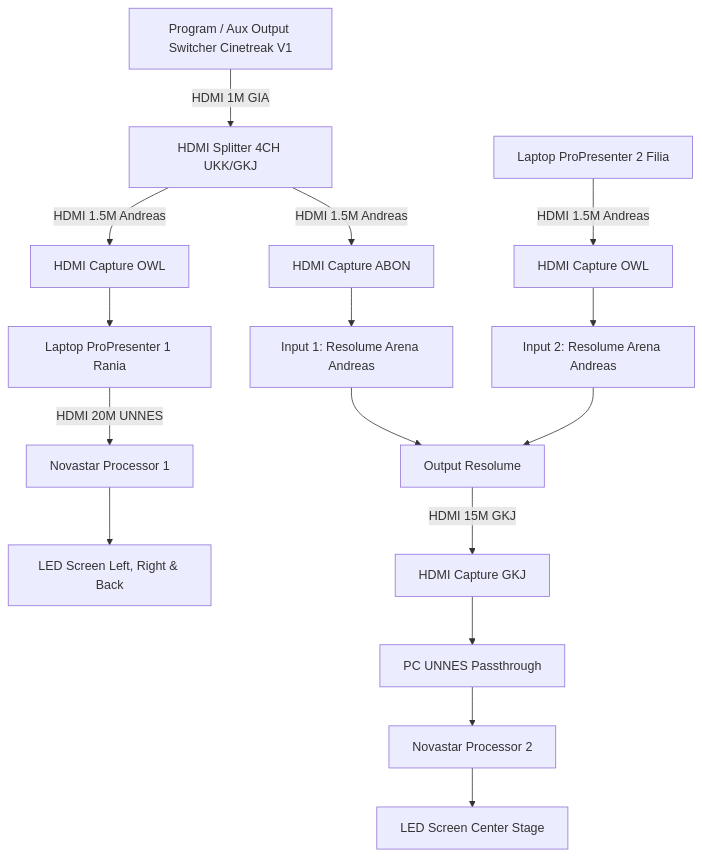
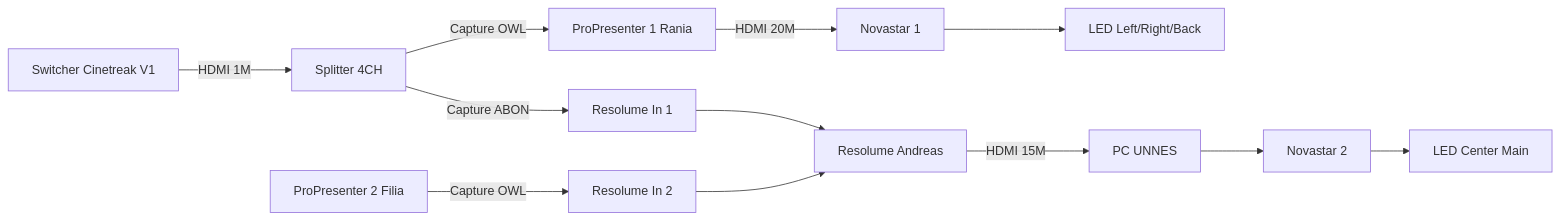
The fifth of 8 diagrams in README.md (zzdree/ip26-production), drawn with Mermaid before and after one commit. The commit also changed other lines of this file, not shown here.

Commit message:
docs: update README.md with Web Command Portal architecture and 6 structured sub-systems

````diff
--- a/README.md
+++ b/README.md
@@ -207,12 +230,13 @@
 ```mermaid
-flowchart TD
-    SW_OUT[Program / Aux Output Switcher Cinetreak V1] -->|HDMI 1M GIA| SPL4[HDMI Splitter 4CH UKK/GKJ]
+flowchart LR
+    SW_OUT["Switcher Cinetreak V1"] -->|HDMI 1M| SPL4["Splitter 4CH"]
     
-    SPL4 -->|HDMI 1.5M Andreas| CAP_OWL1[HDMI Capture OWL] --> P1_IN[Laptop ProPresenter 1 Rania]
-    SPL4 -->|HDMI 1.5M Andreas| CAP_ABON[HDMI Capture ABON] --> RES_IN1[Input 1: Resolume Arena Andreas]
-    
-    P2_OUT[Laptop ProPresenter 2 Filia] -->|HDMI 1.5M Andreas| CAP_OWL2[HDMI Capture OWL] --> RES_IN2[Input 2: Resolume Arena Andreas]
+    SPL4 -->|Capture OWL| P1_IN["ProPresenter 1 Rania"]
+    SPL4 -->|Capture ABON| RES_IN1["Resolume In 1"]
+    P2_OUT["ProPresenter 2 Filia"] -->|Capture OWL| RES_IN2["Resolume In 2"]
 
-    P1_IN -->|HDMI 20M UNNES| NOV1[Novastar Processor 1] --> LED_SIDE[LED Screen Left, Right & Back]
-    RES_IN1 & RES_IN2 --> RES_OUT[Output Resolume] -->|HDMI 15M GKJ| CAP_GKJ[HDMI Capture GKJ] --> PC_UN[PC UNNES Passthrough] --> NOV2[Novastar Processor 2] --> LED_MID[LED Screen Center Stage]
+    P1_IN -->|HDMI 20M| NOV1["Novastar 1"] --> LED_SIDE["LED Left/Right/Back"]
+    RES_IN1 --> RES_OUT["Resolume Andreas"]
+    RES_IN2 --> RES_OUT
+    RES_OUT -->|HDMI 15M| PC_UN["PC UNNES"] --> NOV2["Novastar 2"] --> LED_MID["LED Center Main"]
 ```
````
